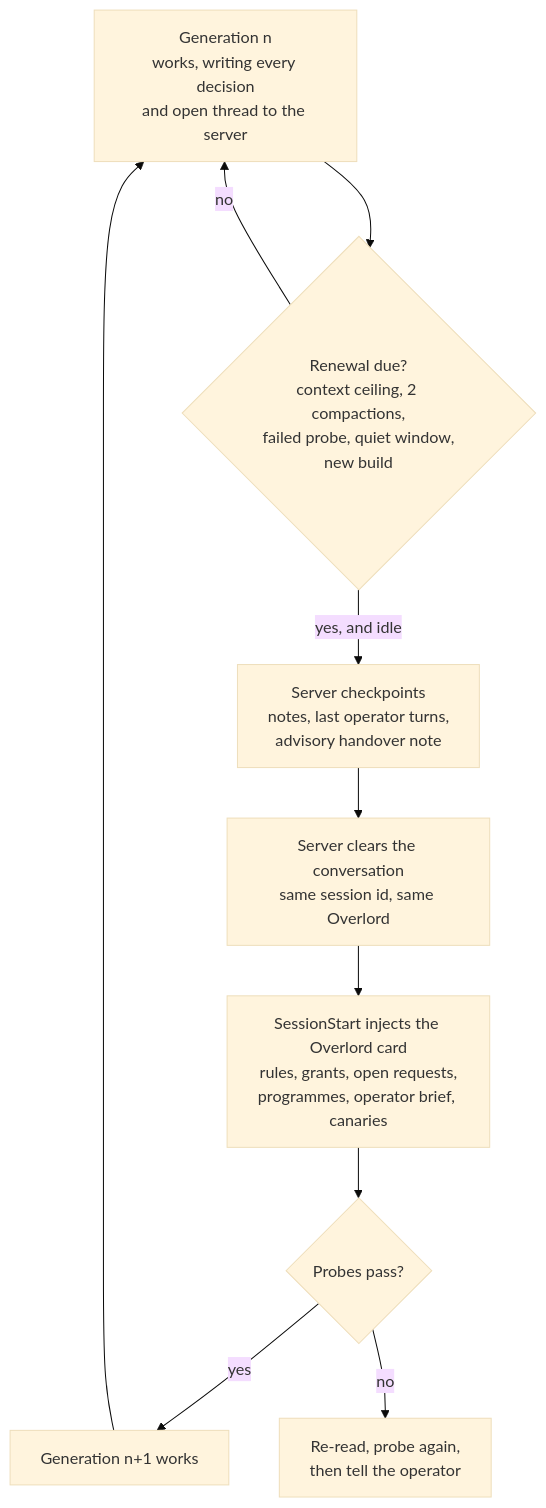
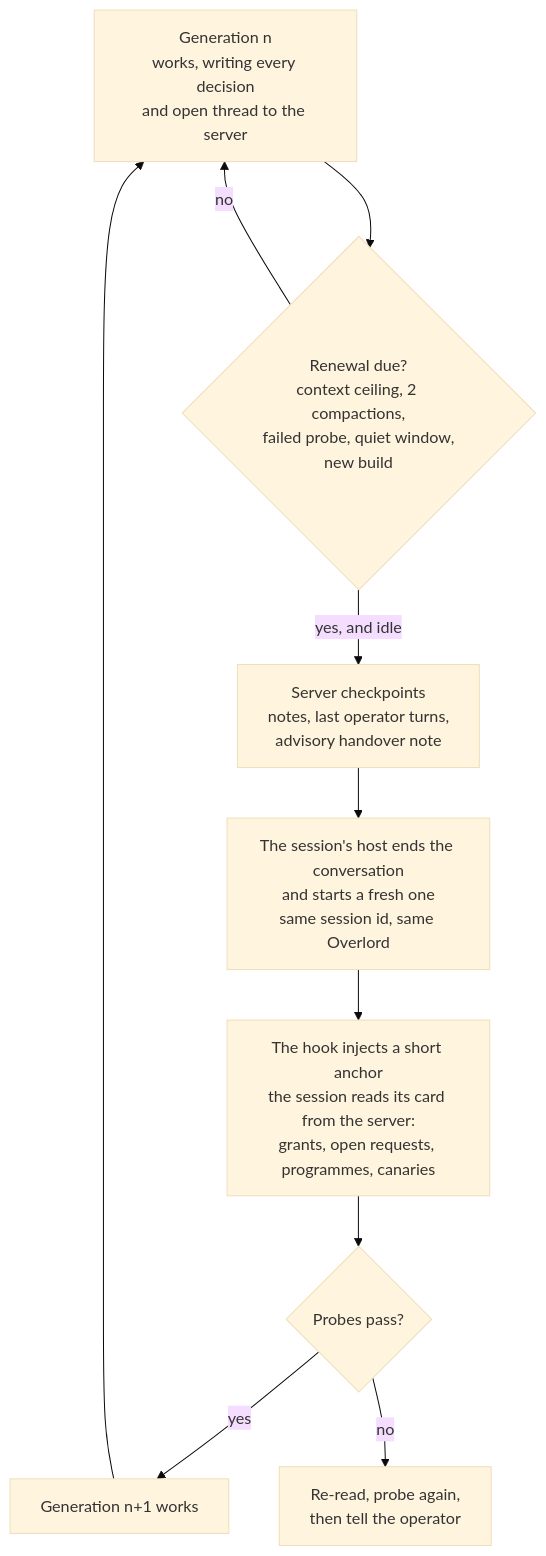
Before and after one commit to Synapsium-Labs/ccrc-pwa: the second of 8 diagrams in docs/superpowers/specs/2026-11-09-overlord-design.md, drawn with Mermaid (base theme). The commit also changed other lines of this file, not shown here.

First line of the commit message:
docs(spec): the Overlord hardened by an outside review (H1 to H32): containers, decision tiers, trust, readiness

````diff
--- a/docs/superpowers/specs/2026-11-09-overlord-design.md
+++ b/docs/superpowers/specs/2026-11-09-overlord-design.md
@@ -288,12 +444,12 @@
 ```mermaid
 flowchart TD
   A["Generation n<br/>works, writing every decision<br/>and open thread to the server"] --> B{"Renewal due?<br/>context ceiling, 2 compactions,<br/>failed probe, quiet window,<br/>new build"}
   B -- "no" --> A
   B -- "yes, and idle" --> C["Server checkpoints<br/>notes, last operator turns,<br/>advisory handover note"]
-  C --> D["Server clears the conversation<br/>same session id, same Overlord"]
-  D --> E["SessionStart injects the Overlord card<br/>rules, grants, open requests,<br/>programmes, operator brief, canaries"]
+  C --> D["The session's host ends the conversation<br/>and starts a fresh one<br/>same session id, same Overlord"]
+  D --> E["The hook injects a short anchor<br/>the session reads its card from the server:<br/>grants, open requests, programmes, canaries"]
   E --> F{"Probes pass?"}
   F -- "yes" --> G["Generation n+1 works"]
   F -- "no" --> H["Re-read, probe again,<br/>then tell the operator"]
   G --> A
 ```
````
